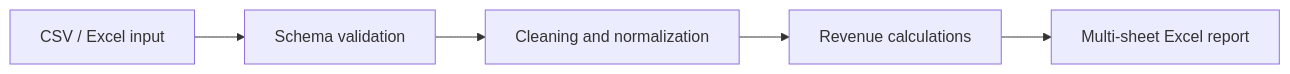
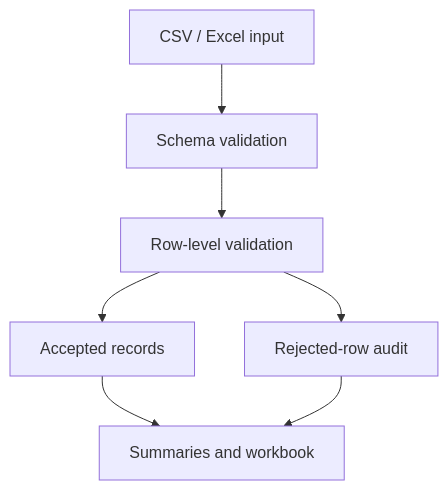
One commit to farshidghaffari/excel-csv-report-automation changed the diagram in README.md. Above: the diagram before and after it, drawn with Mermaid. The commit also changed other lines of this file, not shown here.

````diff
--- a/README.md
+++ b/README.md
@@ -310,7 +19,9 @@
 ```mermaid
-flowchart LR
+flowchart TD
     A["CSV / Excel input"] --> B["Schema validation"]
-    B --> C["Cleaning and normalization"]
-    C --> D["Revenue calculations"]
-    D --> E["Multi-sheet Excel report"]
+    B --> C["Row-level validation"]
+    C --> D["Accepted records"]
+    C --> E["Rejected-row audit"]
+    D --> F["Summaries and workbook"]
+    E --> F
 ```
````
